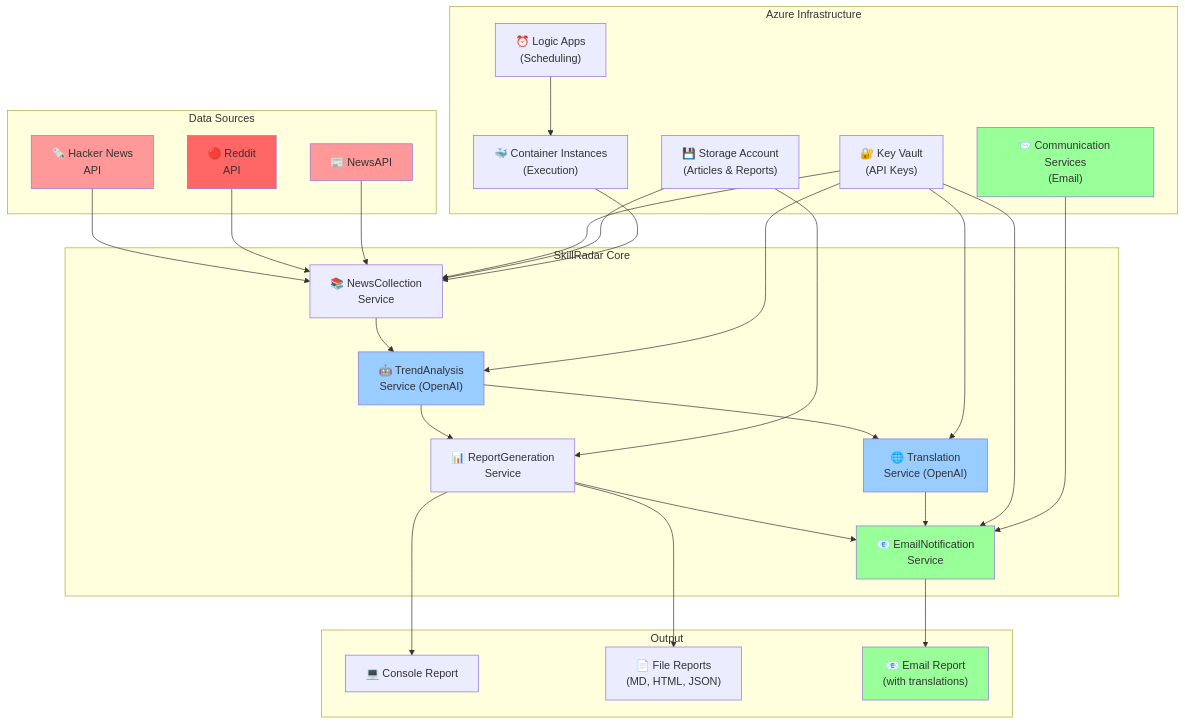
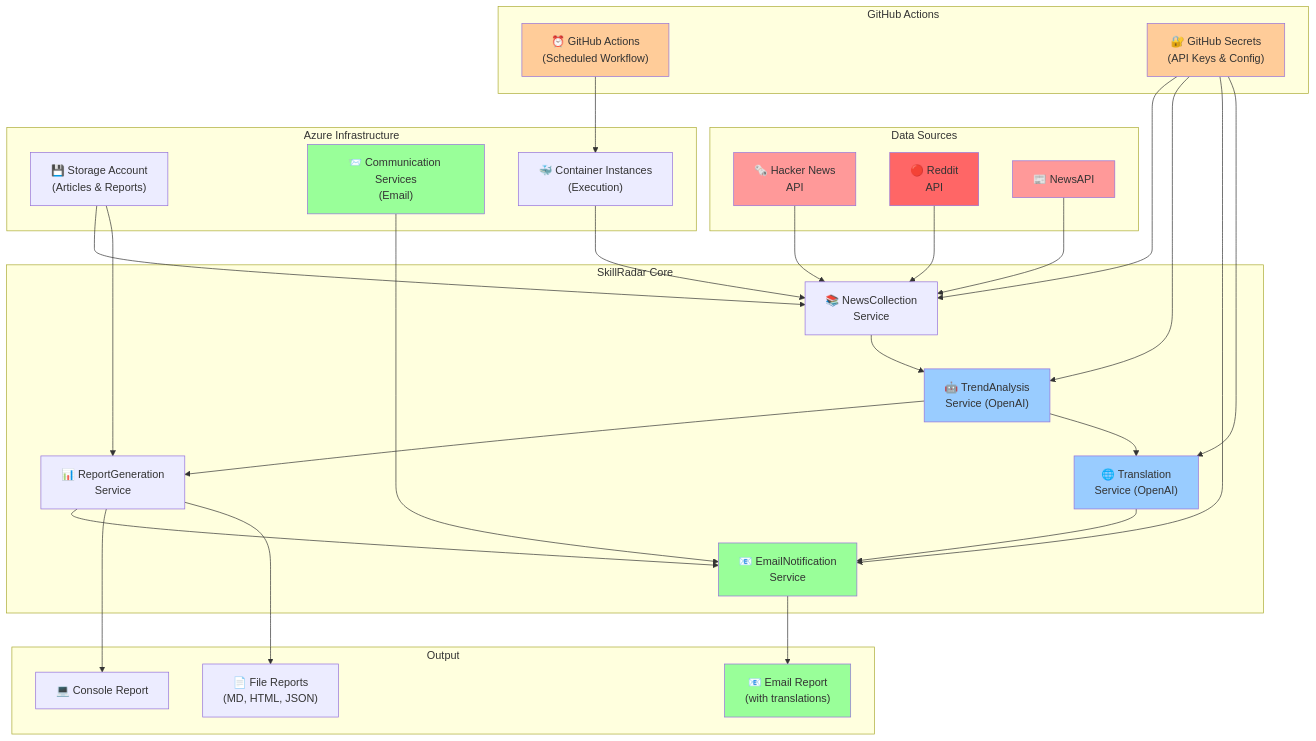
The diagram in README.md (yoshiwatanabe/skill-radar), drawn with Mermaid before and after one commit. The commit also changed other lines of this file, not shown here.

First line of the commit message:
Update README to reflect simplified GitHub Actions architecture

````diff
--- a/README.md
+++ b/README.md
@@ -117,65 +127,70 @@
 ```mermaid
 graph TB
     subgraph "Data Sources"
         HN["🗞️ Hacker News<br/>API"]
         RD["🔴 Reddit<br/>API"]
         NA["📰 NewsAPI"]
+    end
+
+    subgraph "GitHub Actions"
+        GH["⏰ GitHub Actions<br/>(Scheduled Workflow)"]
+        GS["🔐 GitHub Secrets<br/>(API Keys & Config)"]
     end
 
     subgraph "SkillRadar Core"
         NC["📚 NewsCollection<br/>Service"]
         TA["🤖 TrendAnalysis<br/>Service (OpenAI)"]
         RG["📊 ReportGeneration<br/>Service"]
         EN["📧 EmailNotification<br/>Service"]
         TS["🌐 Translation<br/>Service (OpenAI)"]
     end
 
     subgraph "Azure Infrastructure"
         SA["💾 Storage Account<br/>(Articles & Reports)"]
-        KV["🔐 Key Vault<br/>(API Keys)"]
         ACS["📨 Communication Services<br/>(Email)"]
         CI["🐳 Container Instances<br/>(Execution)"]
-        LA["⏰ Logic Apps<br/>(Scheduling)"]
     end
 
     subgraph "Output"
         CO["💻 Console Report"]
         FM["📄 File Reports<br/>(MD, HTML, JSON)"]
         EM["📧 Email Report<br/>(with translations)"]
     end
 
     HN --> NC
     RD --> NC
     NA --> NC
     
     NC --> TA
     TA --> RG
     RG --> EN
     TA --> TS
     TS --> EN
     
-    KV --> NC
-    KV --> TA
-    KV --> EN
-    KV --> TS
+    GS --> NC
+    GS --> TA
+    GS --> EN
+    GS --> TS
     
     SA --> NC
     SA --> RG
     ACS --> EN
     
     RG --> CO
     RG --> FM
     EN --> EM
     
-    LA --> CI
+    GH --> CI
     CI --> NC
 
     style HN fill:#ff9999
     style RD fill:#ff6666
     style NA fill:#ff9999
     style TA fill:#99ccff
     style TS fill:#99ccff
     style EN fill:#99ff99
     style ACS fill:#99ff99
     style EM fill:#99ff99
+    style GH fill:#ffcc99
+    style GS fill:#ffcc99
 ```
````
